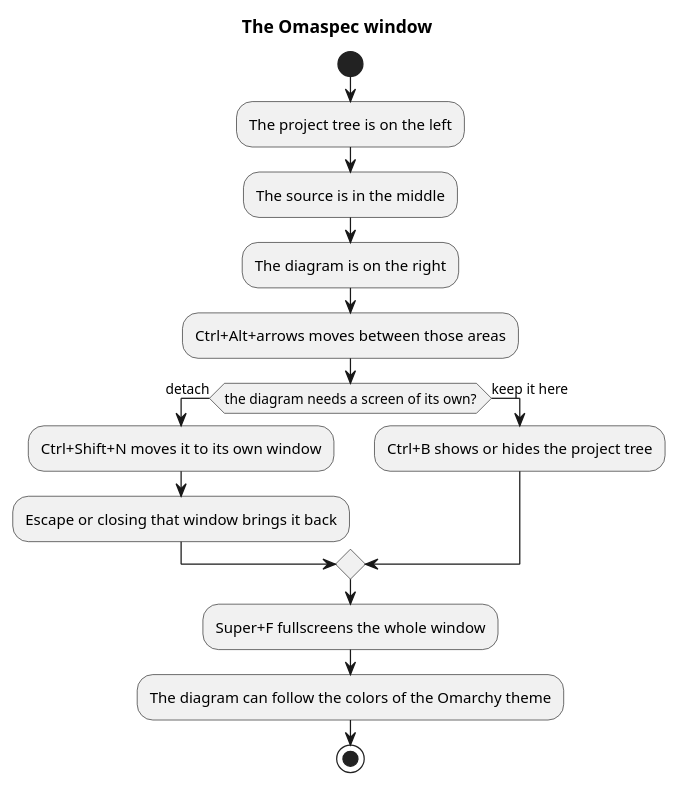
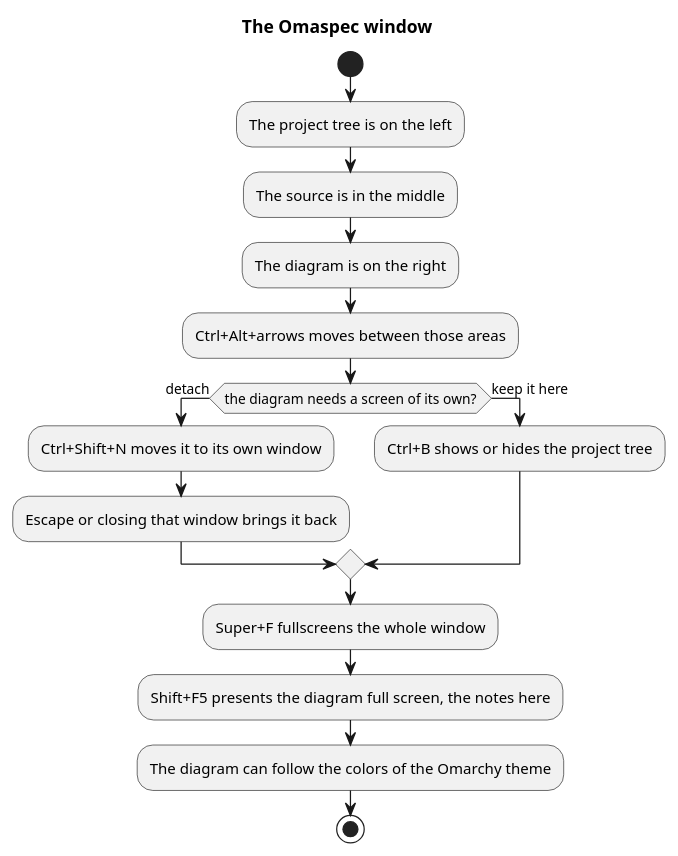
One commit to enhapu-afk/omaspec changed the diagram in examples/Help Omaspec/windows.puml. Above: the diagram before and after it, drawn with PlantUML. The commit also changed 13 other files, not shown here.

First line of the commit message:
feat: a presenter mode, the diagram full screen and the notes beside it

```diff
--- a/examples/Help Omaspec/windows.puml
+++ b/examples/Help Omaspec/windows.puml
@@ -1,17 +1,18 @@
 @startuml
 title The Omaspec window
 start
 :The project tree is on the left;
 :The source is in the middle;
 :The diagram is on the right;
 :Ctrl+Alt+arrows moves between those areas;
 if (the diagram needs a screen of its own?) then (detach)
   :Ctrl+Shift+N moves it to its own window;
   :Escape or closing that window brings it back;
 else (keep it here)
   :Ctrl+B shows or hides the project tree;
 endif
 :Super+F fullscreens the whole window;
+:Shift+F5 presents the diagram full screen, the notes here;
 :The diagram can follow the colors of the Omarchy theme;
 stop
 @enduml
```
